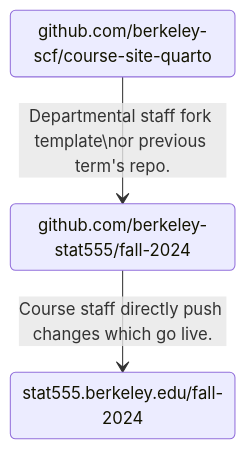
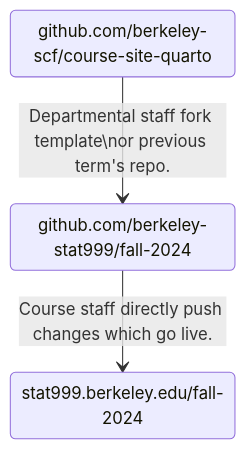
One commit to berkeley-cdss/course-site-quarto changed the first of 2 diagrams in README.md. Above: the diagram before and after it, drawn with Mermaid. The commit also changed other lines of this file, not shown here.

Commit message:
Fix update from 555 to 999.

````diff
--- a/README.md
+++ b/README.md
@@ -37,12 +37,12 @@
 ```mermaid
 %% State diagram documentation at
 %% https://mermaid.js.org/syntax/stateDiagram.html
 
 stateDiagram-v2
     repo_template: github.com/berkeley-scf/course-site-quarto
-    repo_dept: github.com/berkeley-stat555/fall-2024
-    website_dept: stat555.berkeley.edu/fall-2024
+    repo_dept: github.com/berkeley-stat999/fall-2024
+    website_dept: stat999.berkeley.edu/fall-2024
 
     repo_template --> repo_dept: Departmental staff fork template\nor previous term's repo.
     repo_dept --> website_dept: Course staff directly push changes which go live.
 ```
````
